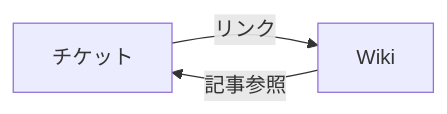
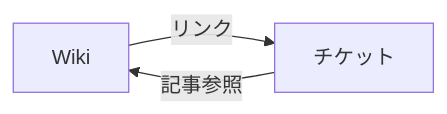
One commit to Mattani/zenn-articles changed the second of 2 diagrams in articles/2852df0bd60ea4.md. Above: the diagram before and after it, drawn with Mermaid. The commit also changed other lines of this file, not shown here.

Commit message:
【記事改善】Mermaid図の参照関係を逆にした

````diff
--- a/articles/2852df0bd60ea4.md
+++ b/articles/2852df0bd60ea4.md
@@ -30,5 +30,5 @@
 ```mermaid
 flowchart LR
-    チケット -->|リンク| Wiki
-    Wiki -->|記事参照| チケット
+    Wiki -->|リンク| チケット
+    チケット -->|記事参照| Wiki
 ```
````
